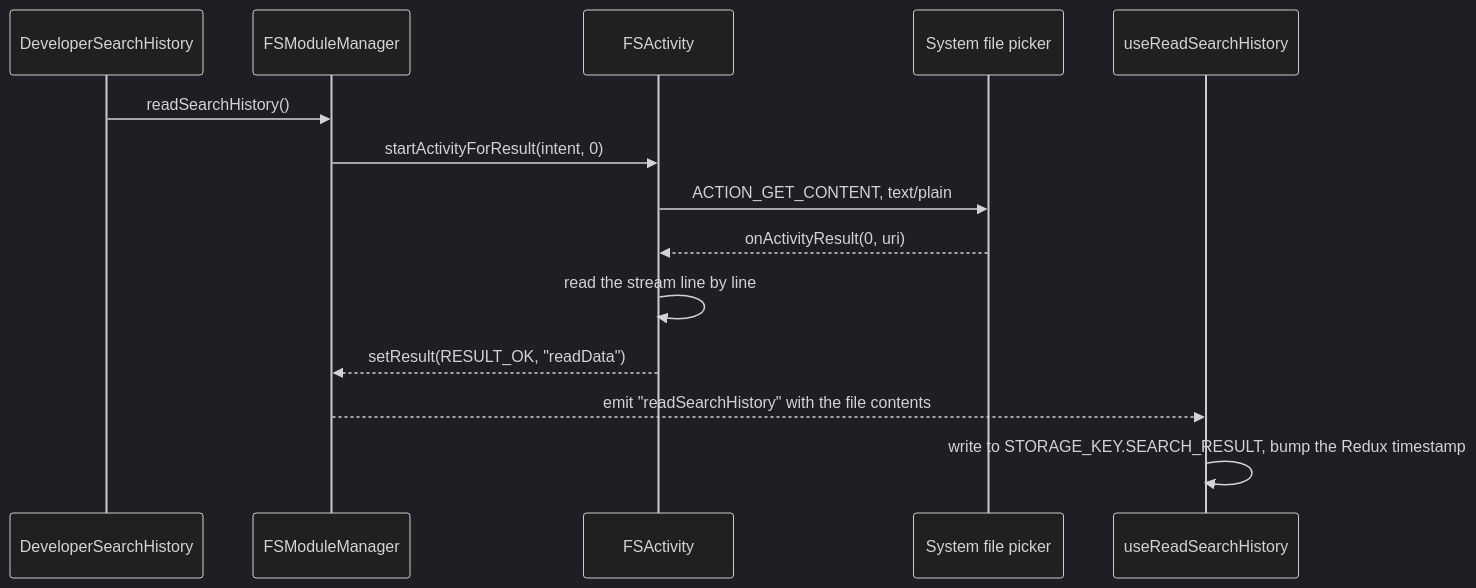
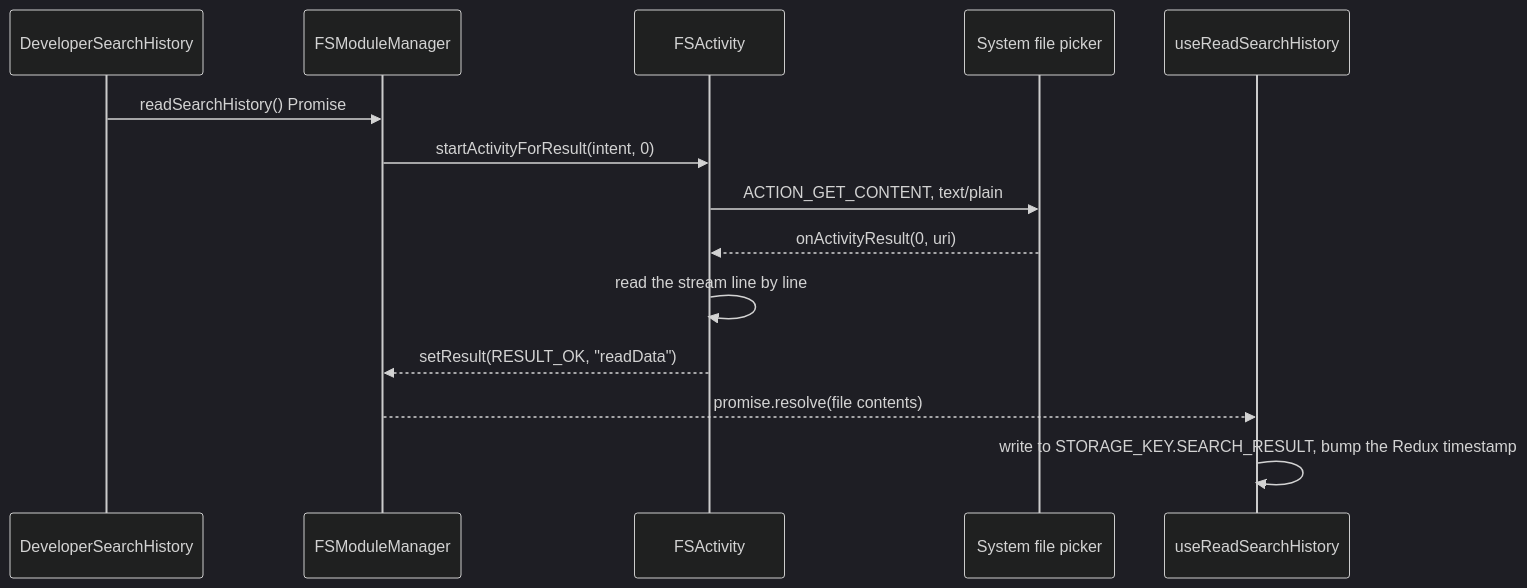
One commit to akruczek/wyrazowo changed the second of 2 diagrams in docs/08-native-android.md. Above: the diagram before and after it, drawn with Mermaid (dark theme). The commit also changed other lines of this file and 162 other files, not shown here.

````diff
--- a/docs/08-native-android.md
+++ b/docs/08-native-android.md
@@ -282,17 +249,17 @@
 ```mermaid
 sequenceDiagram
     participant JS as DeveloperSearchHistory
     participant FSM as FSModuleManager
     participant FSA as FSActivity
     participant SAF as System file picker
     participant Hook as useReadSearchHistory
 
-    JS->>FSM: readSearchHistory()
+    JS->>FSM: readSearchHistory() Promise
     FSM->>FSA: startActivityForResult(intent, 0)
     FSA->>SAF: ACTION_GET_CONTENT, text/plain
     SAF-->>FSA: onActivityResult(0, uri)
     FSA->>FSA: read the stream line by line
     FSA-->>FSM: setResult(RESULT_OK, "readData")
-    FSM-->>Hook: emit "readSearchHistory" with the file contents
+    FSM-->>Hook: promise.resolve(file contents)
     Hook->>Hook: write to STORAGE_KEY.SEARCH_RESULT, bump the Redux timestamp
 ```
````
